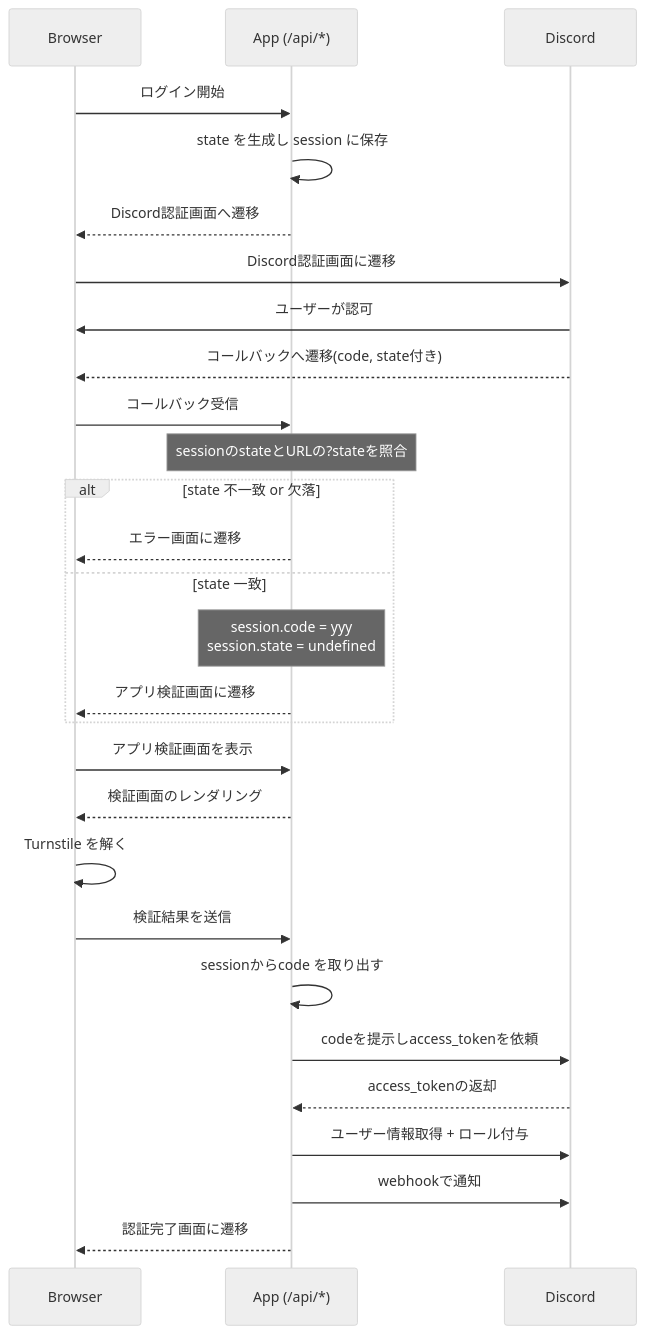
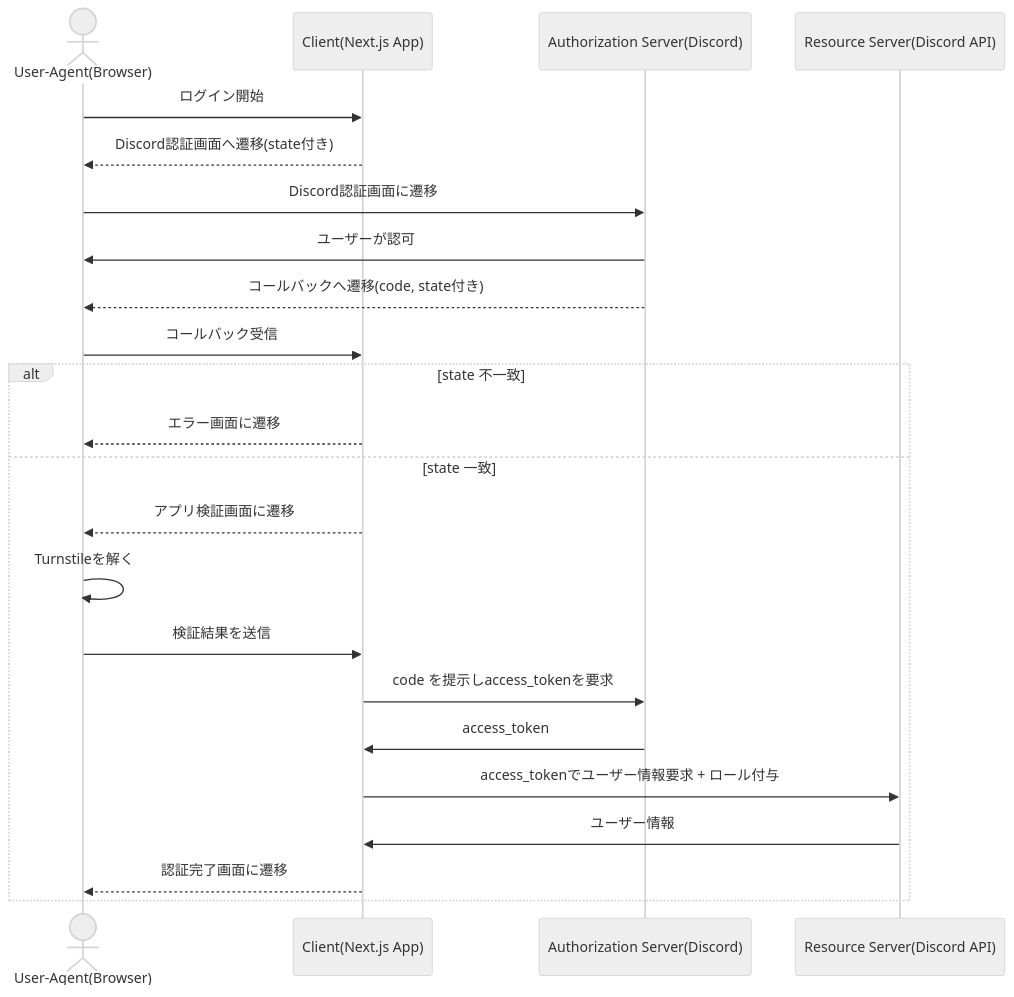
One commit to proto08/zenn changed the diagram in articles/3d610335fa0273.md. Above: the diagram before and after it, drawn with Mermaid (neutral theme).

Commit message:
fix: シーケンス図を改善

````diff
--- a/articles/3d610335fa0273.md
+++ b/articles/3d610335fa0273.md
@@ -18,37 +18,27 @@
 ```mermaid
 sequenceDiagram
-    participant Browser
-    participant App as App (/api/*)
-    participant Discord
+    actor User as User-Agent(Browser)
+    participant Client as Client(Next.js App)
+    participant AS as Authorization Server(Discord)
+    participant RS as Resource Server(Discord API)
 
-    Browser->>App: ログイン開始
-    App->>App: state を生成し session に保存
-    App-->>Browser: Discord認証画面へ遷移
+    User->>Client: ログイン開始
+    Client-->>User: Discord認証画面へ遷移(state付き)
+    User->>AS: Discord認証画面に遷移
+    AS->>User: ユーザーが認可
+    AS-->>User: コールバックへ遷移(code, state付き)
+    User->>Client: コールバック受信
 
-    Browser->>Discord: Discord認証画面に遷移
-    Discord->>Browser: ユーザーが認可
-
-    Discord-->>Browser: コールバックへ遷移(code, state付き)
-
-    Browser->>App: コールバック受信
-    Note over App: sessionのstateとURLの?stateを照合
-
-    alt state 不一致 or 欠落
-        App-->>Browser: エラー画面に遷移
+    alt state 不一致
+        Client-->>User: エラー画面に遷移
     else state 一致
-        Note over App: session.code = yyy<br/>session.state = undefined
-        App-->>Browser: アプリ検証画面に遷移
+        Client-->>User: アプリ検証画面に遷移
+        User->>User: Turnstileを解く
+        User->>Client: 検証結果を送信
+        Client->>AS: code を提示しaccess_tokenを要求
+        AS->>Client: access_token
+        Client->>RS: access_tokenでユーザー情報要求 + ロール付与
+        RS->>Client: ユーザー情報
+        Client-->>User: 認証完了画面に遷移
     end
-
-    Browser->>App: アプリ検証画面を表示
-    App-->>Browser: 検証画面のレンダリング
-    Browser->>Browser: Turnstile を解く
-
-    Browser->>App: 検証結果を送信
-    App->>App: sessionからcode を取り出す
-    App->>Discord: codeを提示しaccess_tokenを依頼
-    Discord-->>App: access_tokenの返却
-    App->>Discord: ユーザー情報取得 + ロール付与
-    App->>Discord: webhookで通知
-    App-->>Browser: 認証完了画面に遷移
 ```
````
